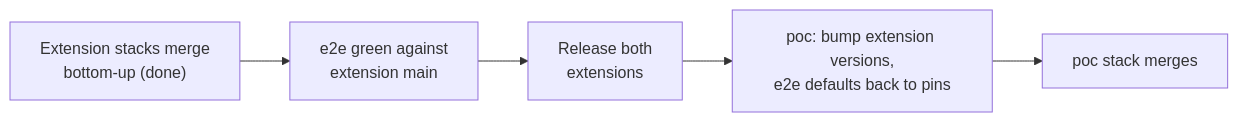
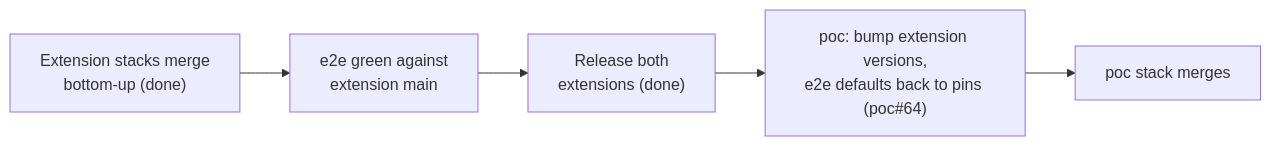
The diagram in docs/spec/traceability.md (OTelFeature/poc), drawn with Mermaid before and after one commit. The commit also changed other lines of this file and 3 other files, not shown here.

````diff
--- a/docs/spec/traceability.md
+++ b/docs/spec/traceability.md
@@ -215,7 +224,7 @@
 ```mermaid
 flowchart LR
     X["Extension stacks merge<br/>bottom-up (done)"] --> E["e2e green against<br/>extension main"]
-    E --> R["Release both<br/>extensions"]
-    R --> B["poc: bump extension versions,<br/>e2e defaults back to pins"]
+    E --> R["Release both<br/>extensions (done)"]
+    R --> B["poc: bump extension versions,<br/>e2e defaults back to pins (poc#64)"]
     B --> P["poc stack merges"]
 ```
````
